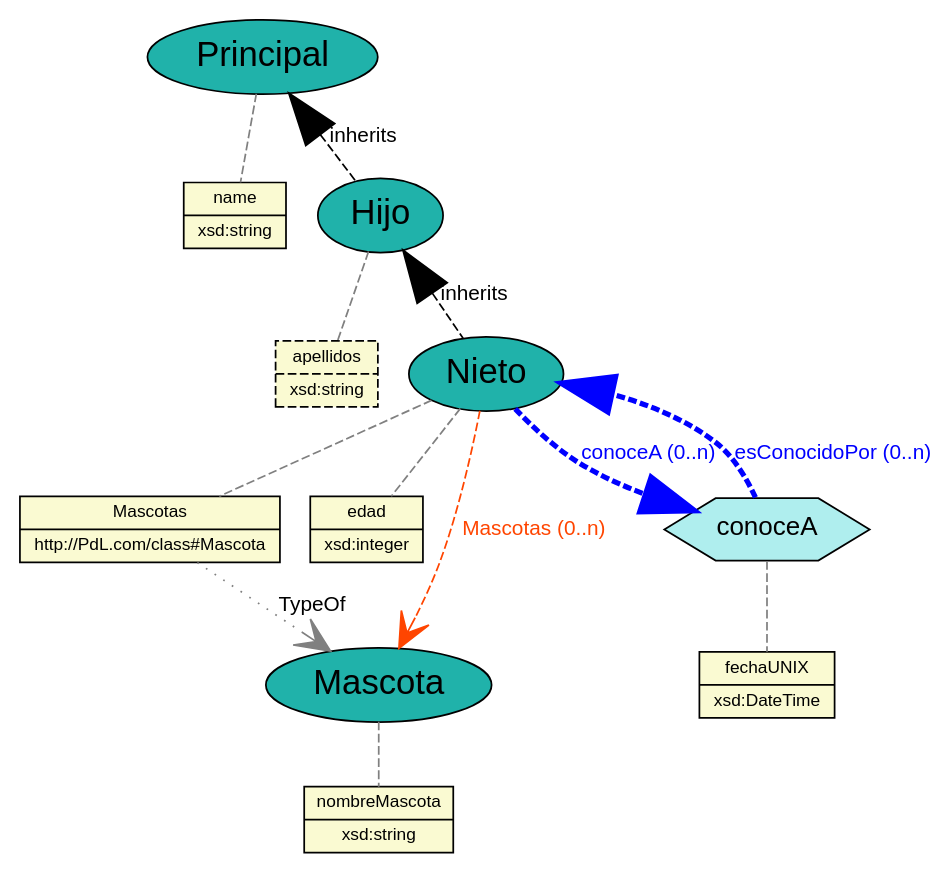
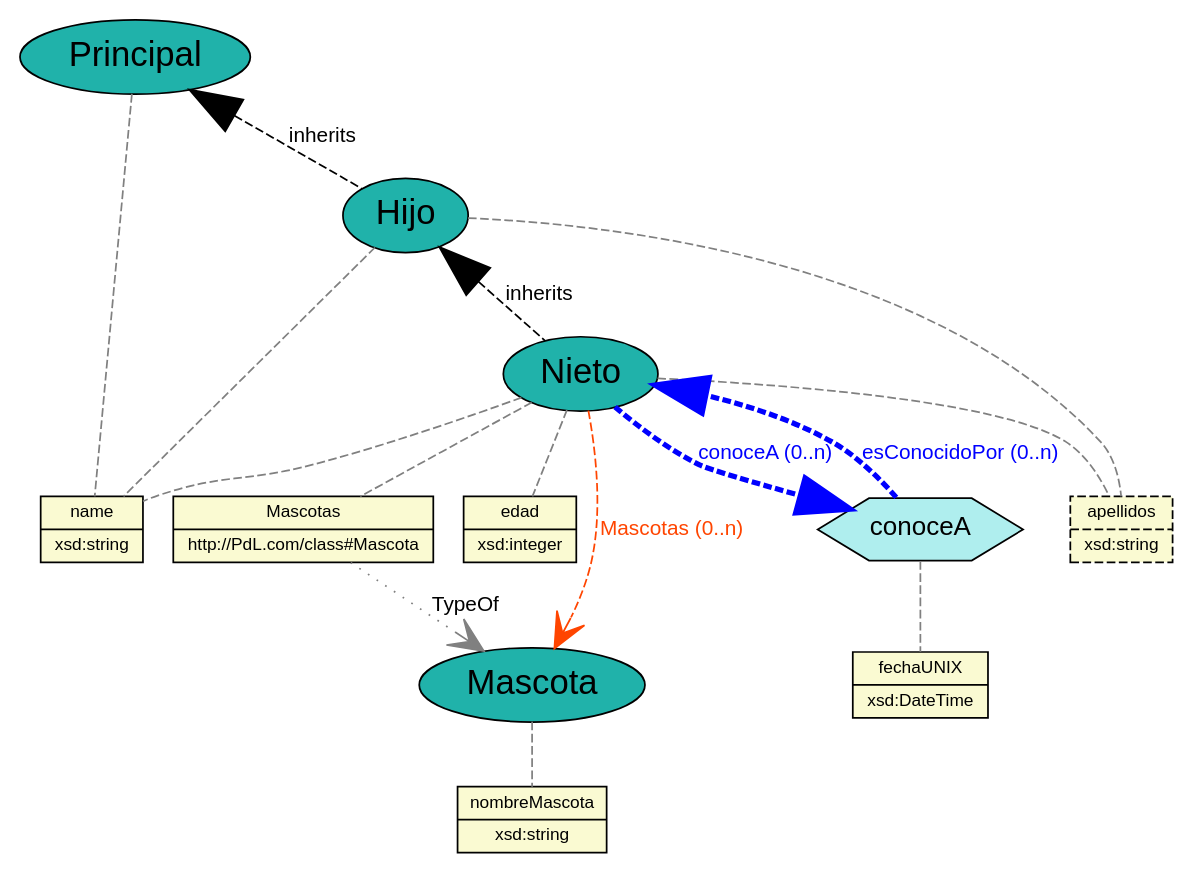
Before and after one commit to JuanCasado/Lenguajes: the diagram in Output/csv_dot2_domain.dot, drawn with Graphviz. The commit also changed 11 other files, not shown here.

```diff
--- a/Output/csv_dot2_domain.dot
+++ b/Output/csv_dot2_domain.dot
@@ -1,59 +1,62 @@
 graph domain{
 	//Defecto
 	node [fontname="Arial"];
 	edge [fontname="Arial",fontsize=12];
 
 	//PROPERTIES
 	  node [shape="record",style="filled",fillcolor="lightgoldenrodyellow",fontsize="10"]
 	
 	property_apellidos [label="{apellidos|xsd:string}",style="filled,dashed"];
 	property_nombreMascota [label="{nombreMascota|xsd:string}"];
 	property_Mascotas [label="{Mascotas|http://PdL.com/class#Mascota}"];
 	property_name [label="{name|xsd:string}"];
 	property_edad [label="{edad|xsd:integer}"];
 	property_fechaUNIX [label="{fechaUNIX|xsd:DateTime}"];
 
 	//CLASES
 	node [shape="ellipse",style="filled",fillcolor="lightseagreen",fontsize="20"]	
 	
 	class_Hijo [label="Hijo"];
 	class_Principal [label="Principal"];
 	class_Mascota [label="Mascota"];
 	class_Nieto [label="Nieto"];
 
 	//RELACIONES
 	node [shape="hexagon",style="filled",fillcolor="paleturquoise",fontsize="15"]	
 	
 	relationship_conoceA [label=conoceA];
 
 	//CLASE -- PROPIEDAD
 
 edge[style="dashed",len="3",color="grey"]	
 	class_Hijo -- property_apellidos;
 	class_Principal -- property_name;
 	class_Mascota -- property_nombreMascota;
 	class_Nieto -- property_edad;
 	class_Nieto -- property_Mascotas;
+	class_Hijo -- property_name
+	class_Nieto -- property_name
+	class_Nieto -- property_apellidos
 
 	//RELACION -- PROPIEDAD
 	
 	relationship_conoceA -- property_fechaUNIX;
 
-	// uso indirecto de definiciÃ³n de tipos
+	// uso indirecto de definición de tipos
 	edge[style="dotted",arrowhead="vee",dir="forward",arrowsize="2"];
 	property_Mascotas -- class_Mascota [label="TypeOf"];
 
-	// asociaciones a travÃ©s de atributos marcadas de forma directa
+	// asociaciones a través de atributos marcadas de forma directa
 	edge[fontcolor="orangered", color="orangered", style="dashed", arrowhead="vee",dir="forward",arrowsize="2"];
 	class_Nieto -- class_Mascota [label="Mascotas (0..n) "];
 
 	// herencias
 	edge[len="5"fontcolor="black",color="black",arrowhead="normal",arrowsize="3",dir="back",]	class_Principal -- class_Hijo [label="inherits"];
 	class_Hijo -- class_Nieto [label="inherits"];
 
 	// enlaces de relaciones
 	edge[len="2",penwidth="3",color="blue",fontcolor="blue",dir="forward",arrowhead="normal"]
 	class_Nieto -- relationship_conoceA [label="conoceA (0..n)"];
 	relationship_conoceA -- class_Nieto [label="esConocidoPor (0..n)"];
 
 }
```
